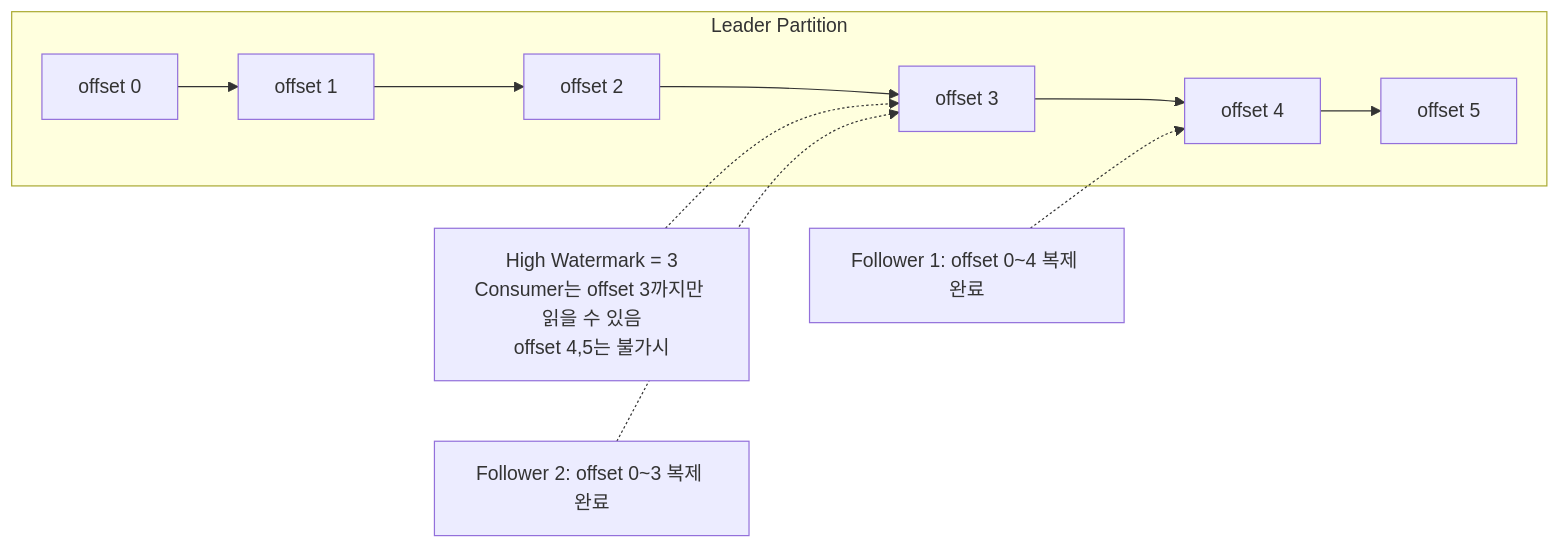
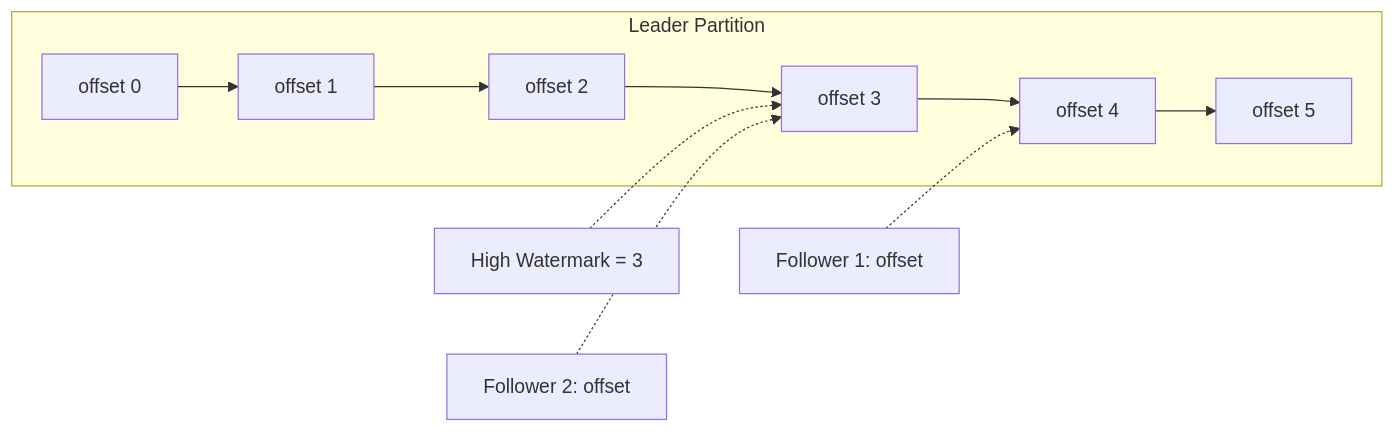
Before and after one commit to yjkim2015/yjkim2015.github.io: diagram 13 of 17 in _posts/kafka/2026-05-01-kafka-fundamentals.md, drawn with Mermaid. The commit also changed other lines of this file and 271 other files, not shown here.

First line of the commit message:
Mermaid 라벨 축소: 긴 노드 텍스트 18자 이하로 트림 + \n 제거

````diff
--- a/_posts/kafka/2026-05-01-kafka-fundamentals.md
+++ b/_posts/kafka/2026-05-01-kafka-fundamentals.md
@@ -475,9 +475,9 @@
 ```mermaid
 graph LR
     subgraph leader["Leader Partition"]
         O0[offset 0] --> O1[offset 1] --> O2[offset 2] --> O3[offset 3] --> O4[offset 4] --> O5[offset 5]
     end
-    HW["High Watermark = 3\nConsumer는 offset 3까지만 읽을 수 있음\noffset 4,5는 불가시"] -.-> O3
-    F1["Follower 1: offset 0~4 복제 완료"] -.-> O4
-    F2["Follower 2: offset 0~3 복제 완료"] -.-> O3
+    HW["High Watermark = 3"] -.-> O3
+    F1["Follower 1: offset"] -.-> O4
+    F2["Follower 2: offset"] -.-> O3
 ```
````
